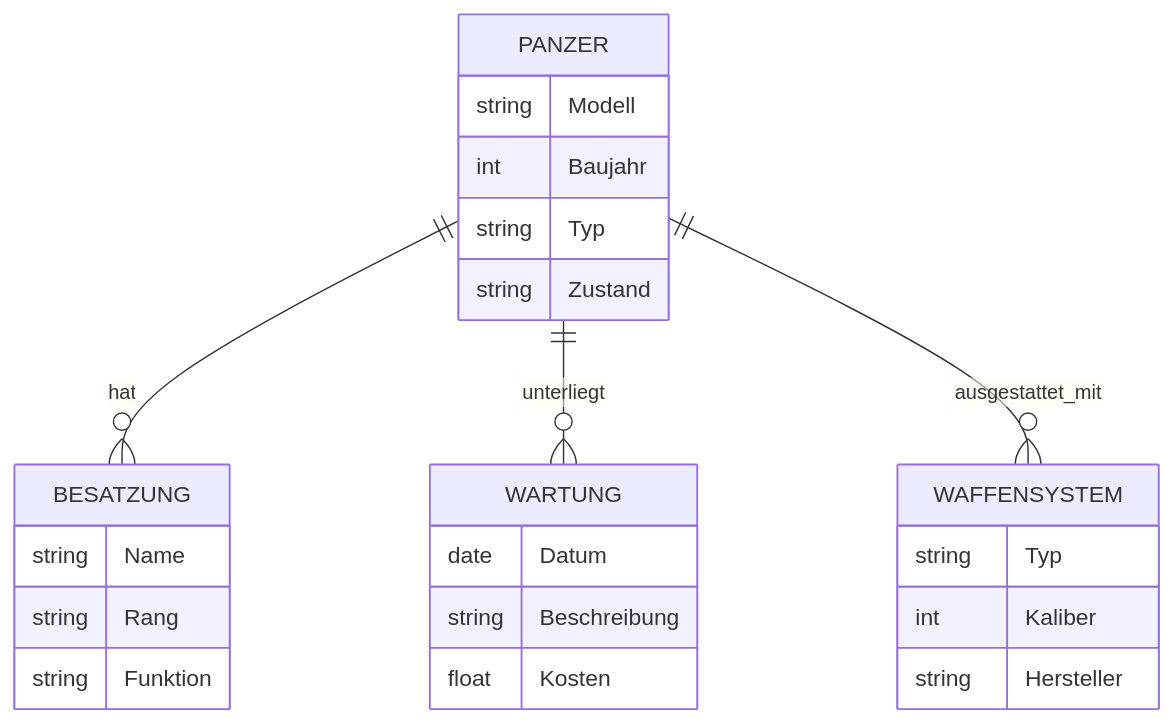
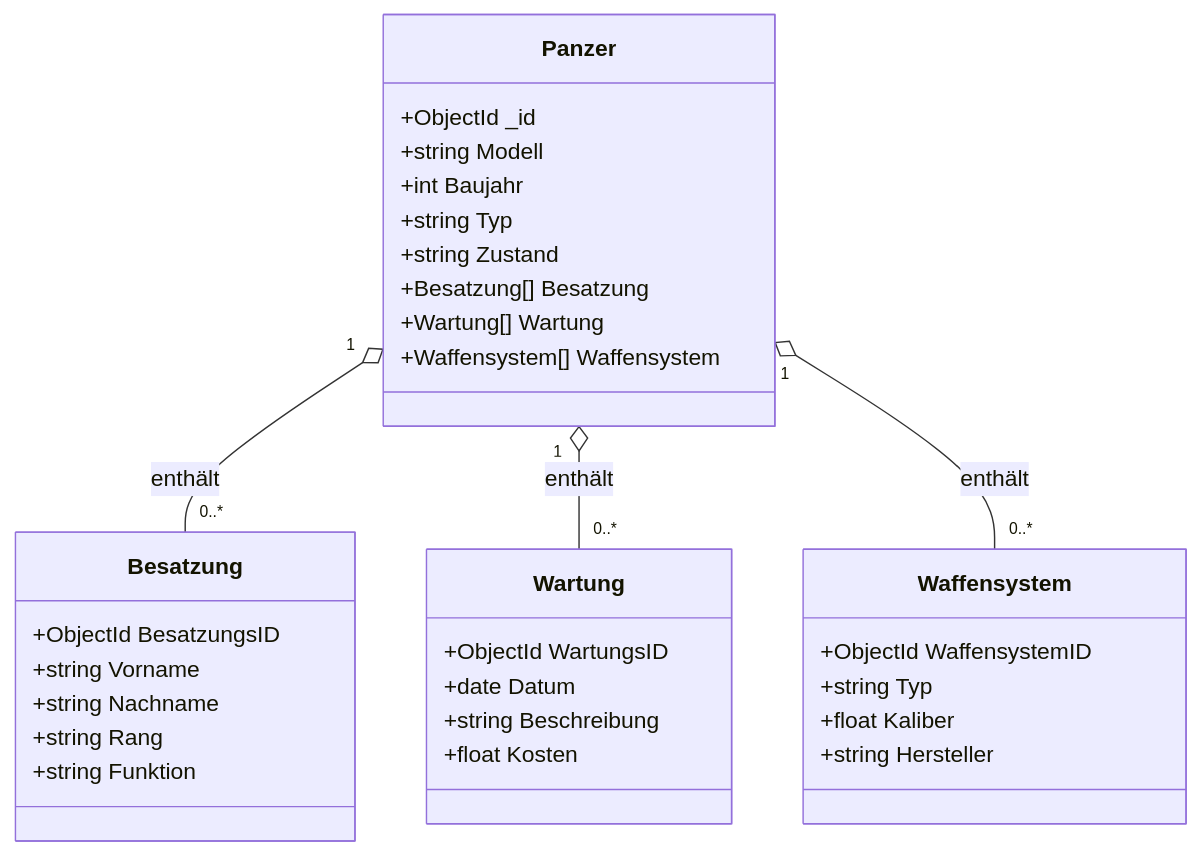
The diagram in KN02/README.md (Tim-Fischer-zh/M165), drawn with Mermaid before and after one commit. The commit also changed 8 other files, not shown here.

````diff
--- a/KN02/README.md
+++ b/KN02/README.md
@@ -44,31 +44,37 @@
 ```mermaid
-erDiagram
-    PANZER ||--o{ BESATZUNG : hat
-    PANZER ||--o{ WARTUNG : unterliegt
-    PANZER ||--o{ WAFFENSYSTEM : ausgestattet_mit
-
-    PANZER {
-        string Modell
-        int Baujahr
-        string Typ
-        string Zustand
+classDiagram
+    class Panzer {
+      +ObjectId _id
+      +string Modell
+      +int Baujahr
+      +string Typ
+      +string Zustand
+      +Besatzung[] Besatzung
+      +Wartung[] Wartung
+      +Waffensystem[] Waffensystem
+    }
+    class Besatzung {
+      +ObjectId BesatzungsID
+      +string Vorname
+      +string Nachname
+      +string Rang
+      +string Funktion
+    }
+    class Wartung {
+      +ObjectId WartungsID
+      +date Datum
+      +string Beschreibung
+      +float Kosten
+    }
+    class Waffensystem {
+      +ObjectId WaffensystemID
+      +string Typ
+      +float Kaliber
+      +string Hersteller
     }
     
-    BESATZUNG {
-        string Name
-        string Rang
-        string Funktion
-    }
-    
-    WARTUNG {
-        date Datum
-        string Beschreibung
-        float Kosten
-    }
-    
-    WAFFENSYSTEM {
-        string Typ
-        int Kaliber
-        string Hersteller
-    }
+    Panzer "1" o-- "0..*" Besatzung : enthält
+    Panzer "1" o-- "0..*" Wartung : enthält
+    Panzer "1" o-- "0..*" Waffensystem : enthält
+
 ```
````
